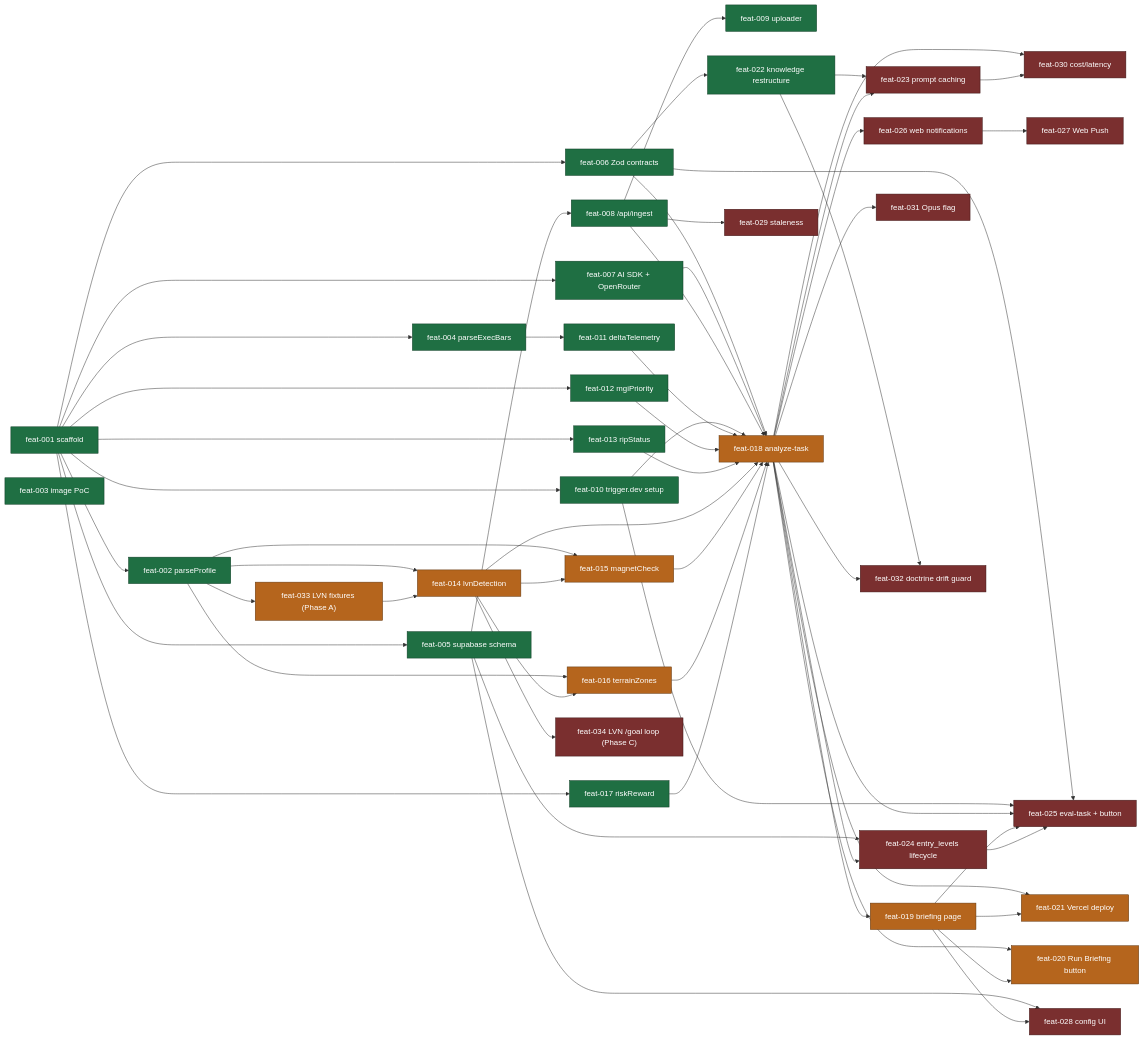
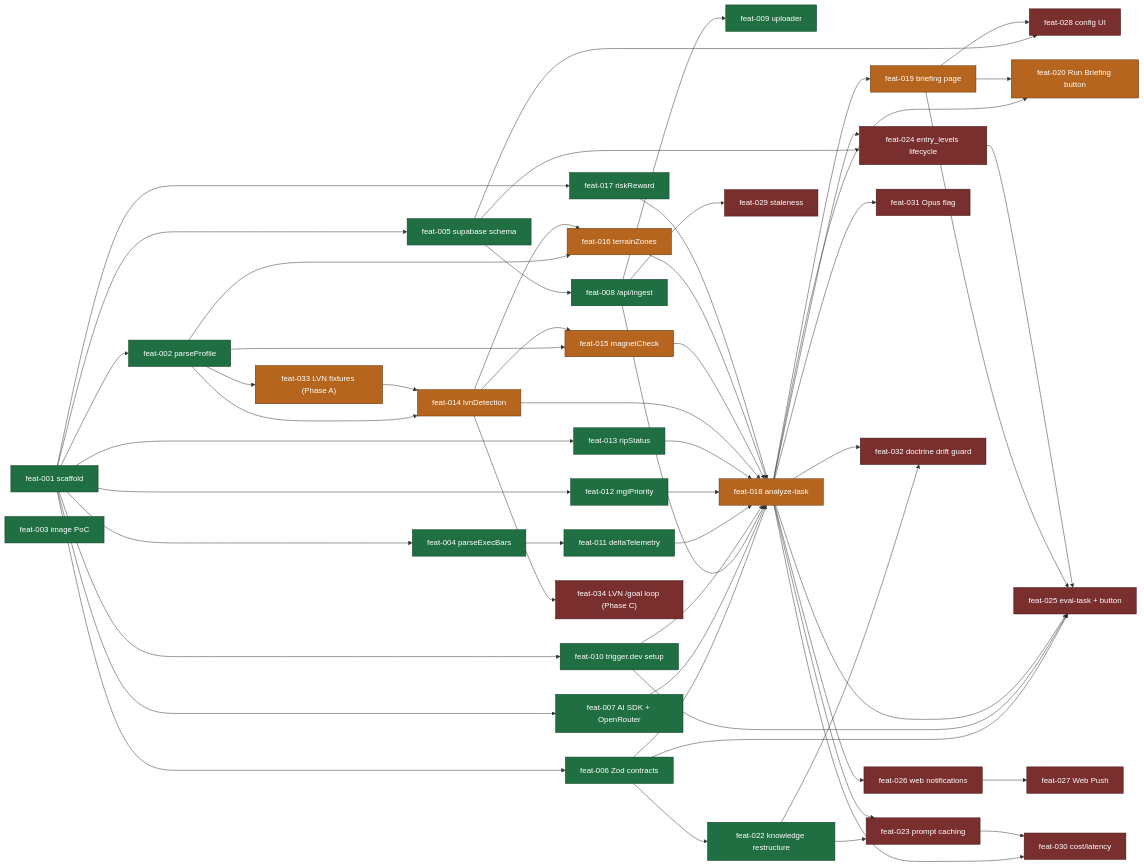
Before and after one commit to Leverage-Workshop/gekko: the first of 2 diagrams in docs/diagrams/feature-roadmap.md, drawn with Mermaid. The commit also changed other lines of this file and 5 other files, not shown here.

````diff
--- a/docs/diagrams/feature-roadmap.md
+++ b/docs/diagrams/feature-roadmap.md
@@ -31,7 +32,6 @@
   F018["feat-018 analyze-task"]
   F019["feat-019 briefing page"]
   F020["feat-020 Run Briefing button"]
-  F021["feat-021 Vercel deploy"]
   F022["feat-022 knowledge restructure"]
   F023["feat-023 prompt caching"]
   F024["feat-024 entry_levels lifecycle"]
@@ -79,8 +79,6 @@
   F018 --> F019
   F018 --> F020
   F019 --> F020
-  F018 --> F021
-  F019 --> F021
   F006 --> F022
   F022 --> F023
   F018 --> F023
@@ -108,5 +106,5 @@
   classDef crit fill:#b5651d,stroke:#5e340d,color:#fff;
   class F001,F002,F003,F004,F005,F006,F007,F008,F009,F010,F011,F012,F013,F017,F022 done;
   class F023,F024,F025,F026,F027,F028,F029,F030,F031,F032,F034 todo;
-  class F033,F014,F015,F016,F018,F019,F020,F021 crit;
+  class F033,F014,F015,F016,F018,F019,F020 crit;
 ```
````
